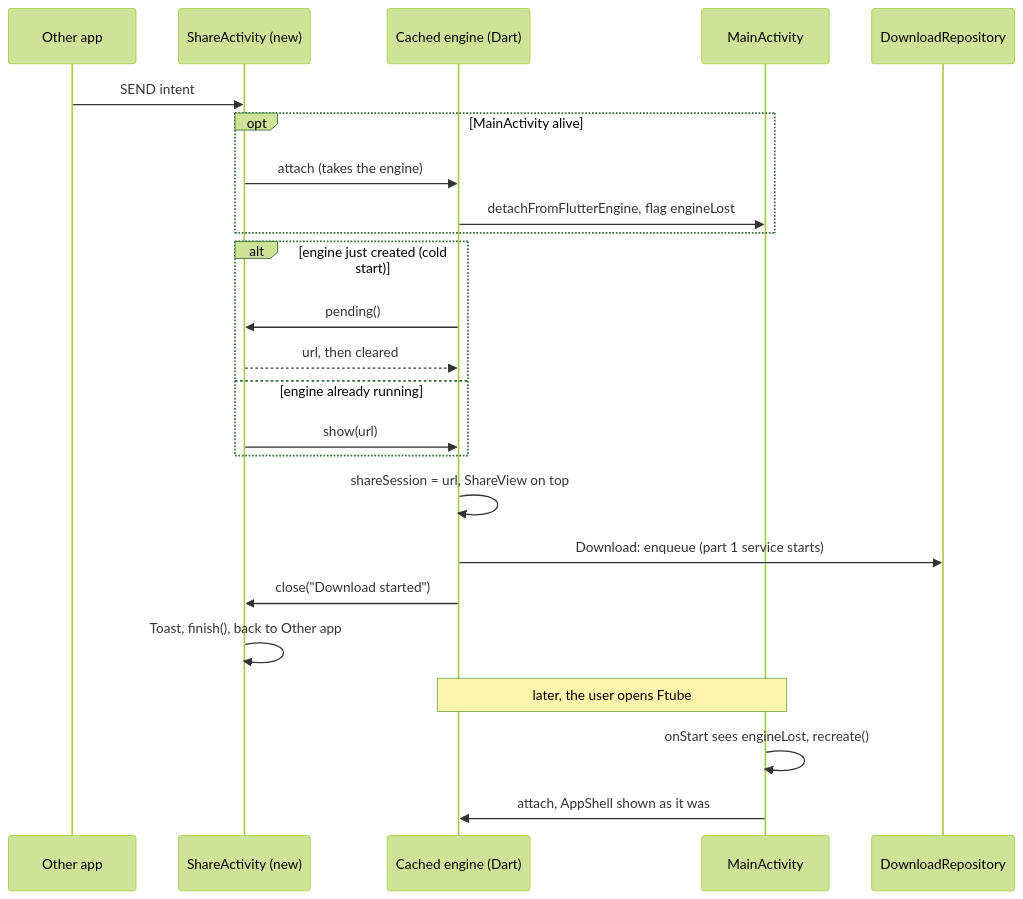
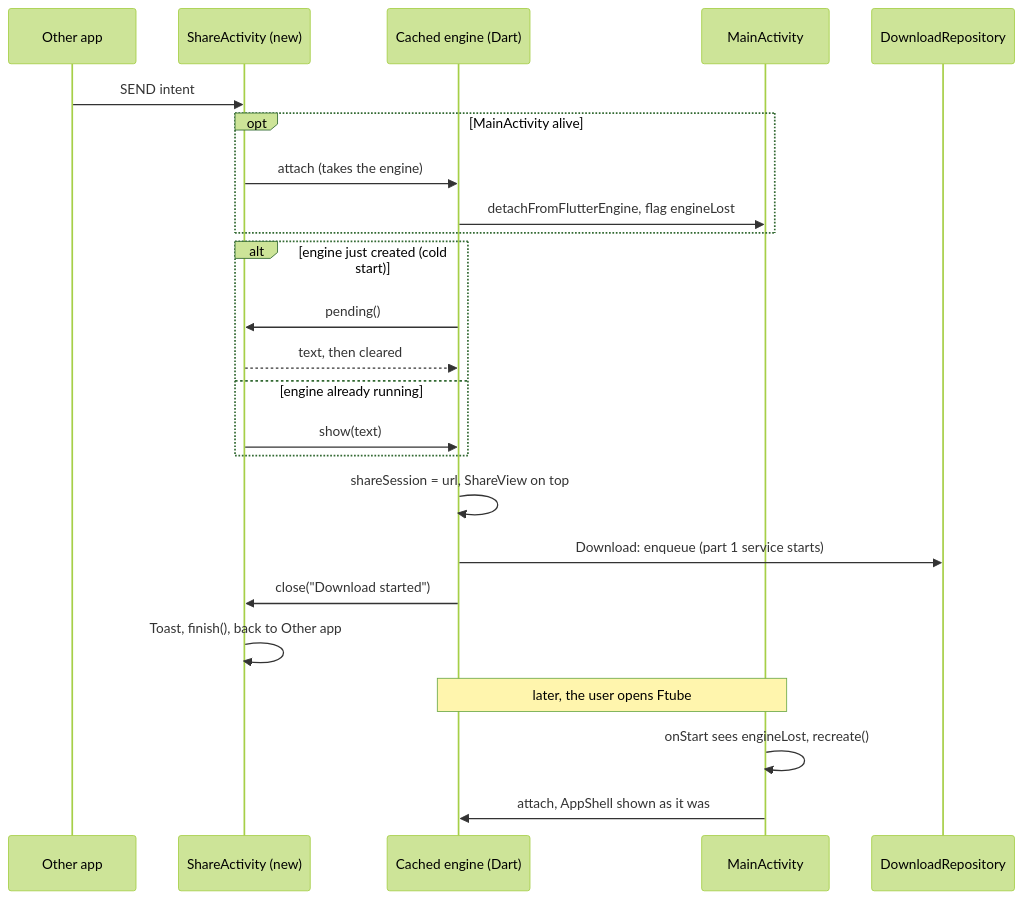
Before and after one commit to vasile-novatchii/ftube: the third of 4 diagrams in docs/spec-v0.4-share.md, drawn with Mermaid (forest theme). The commit also changed other lines of this file and 29 other files, not shown here.

````diff
--- a/docs/spec-v0.4-share.md
+++ b/docs/spec-v0.4-share.md
@@ -100,26 +100,26 @@
 ```mermaid
 sequenceDiagram
   participant O as Other app
   participant S as ShareActivity (new)
   participant E as Cached engine (Dart)
   participant M as MainActivity
   participant Q as DownloadRepository
   O->>S: SEND intent
   opt MainActivity alive
     S->>E: attach (takes the engine)
     E->>M: detachFromFlutterEngine, flag engineLost
   end
   alt engine just created (cold start)
     E->>S: pending()
-    S-->>E: url, then cleared
+    S-->>E: text, then cleared
   else engine already running
-    S->>E: show(url)
+    S->>E: show(text)
   end
   E->>E: shareSession = url, ShareView on top
   E->>Q: Download: enqueue (part 1 service starts)
   E->>S: close("Download started")
   S->>S: Toast, finish(), back to Other app
   Note over M,E: later, the user opens Ftube
   M->>M: onStart sees engineLost, recreate()
   M->>E: attach, AppShell shown as it was
 ```
````
